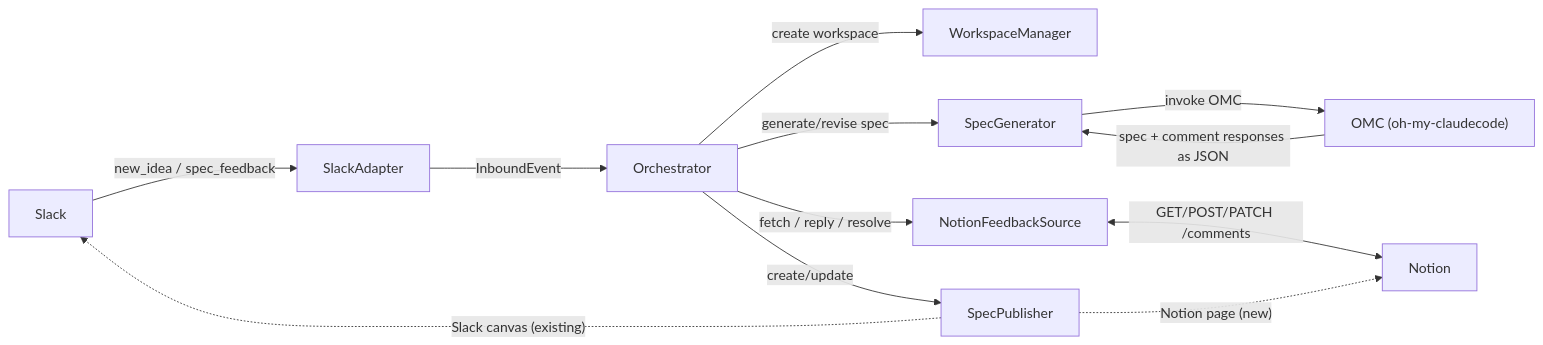
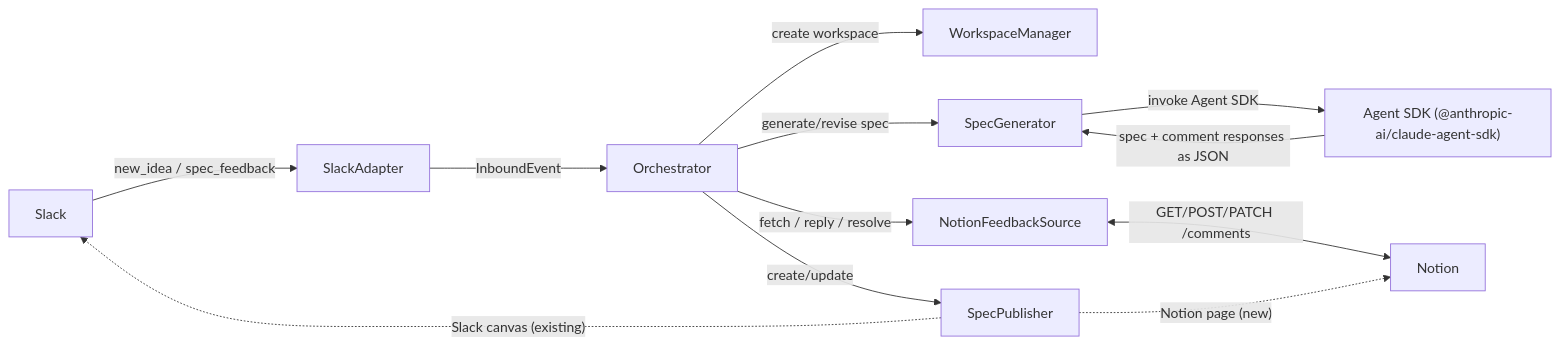
One commit to markdstafford/autocatalyst changed the first of 3 diagrams in context-human/specs/enhancement-notion-publisher.md. Above: the diagram before and after it, drawn with Mermaid. The commit also changed other lines of this file, not shown here.

Commit message:
docs: update enhancement-notion-publisher.md to reference Agent SDK instead of OMC

````diff
--- a/context-human/specs/enhancement-notion-publisher.md
+++ b/context-human/specs/enhancement-notion-publisher.md
@@ -124,14 +124,14 @@
 ```mermaid
 flowchart LR
     Slack -->|new_idea / spec_feedback| SlackAdapter
     SlackAdapter -->|InboundEvent| Orchestrator
     Orchestrator -->|create workspace| WorkspaceManager
     Orchestrator -->|generate/revise spec| SpecGenerator
-    SpecGenerator -->|invoke OMC| OMC["OMC (oh-my-claudecode)"]
-    OMC -->|spec + comment responses as JSON| SpecGenerator
+    SpecGenerator -->|invoke Agent SDK| AgentSDK["Agent SDK (@anthropic-ai/claude-agent-sdk)"]
+    AgentSDK -->|spec + comment responses as JSON| SpecGenerator
     Orchestrator -->|fetch / reply / resolve| NotionFeedbackSource
     NotionFeedbackSource <-->|GET/POST/PATCH /comments| Notion
     Orchestrator -->|create/update| SpecPublisher
     SpecPublisher -. "Notion page (new)" .-> Notion
     SpecPublisher -. "Slack canvas (existing)" .-> Slack
 ```
````
